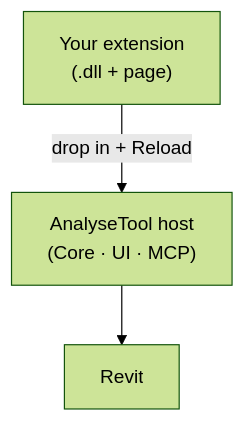
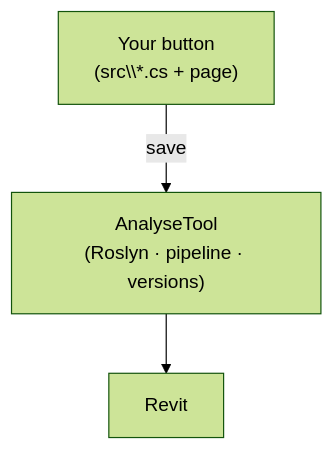
Before and after one commit to Nikola1Davydov/AnalyzeTool: the second of 2 diagrams in README.md, drawn with Mermaid (forest theme). The commit also changed other lines of this file, not shown here.

Commit message:
README: 2.0 — buttons as C# sources with their own versions, MCP inside Revit, new structure

````diff
--- a/README.md
+++ b/README.md
@@ -126,5 +127,5 @@
 ```mermaid
 flowchart TB
-    E["Your extension<br/>(.dll + page)"] -->|"drop in + Reload"| AT["AnalyseTool host<br/>(Core · UI · MCP)"]
+    E["Your button<br/>(src\\*.cs + page)"] -->|"save"| AT["AnalyseTool<br/>(Roslyn · pipeline · versions)"]
     AT --> R[Revit]
 ```
````
